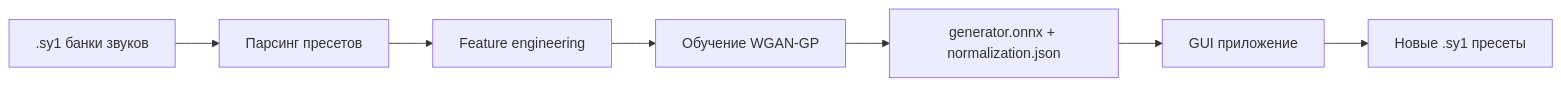
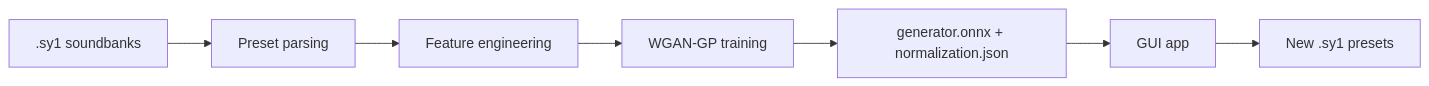
One commit to seechov/synth1-patch-generator changed the diagram in docs/overview.md. Above: the diagram before and after it, drawn with Mermaid. The commit also changed other lines of this file and 10 other files, not shown here.

````diff
--- a/docs/overview.md
+++ b/docs/overview.md
@@ -20,9 +20,9 @@
 ```mermaid
 flowchart LR
-    A[.sy1 банки звуков] --> B[Парсинг пресетов]
+    A[.sy1 soundbanks] --> B[Preset parsing]
     B --> C[Feature engineering]
-    C --> D[Обучение WGAN-GP]
+    C --> D[WGAN-GP training]
     D --> E[generator.onnx + normalization.json]
-    E --> F[GUI приложение]
-    F --> G[Новые .sy1 пресеты]
+    E --> F[GUI app]
+    F --> G[New .sy1 presets]
 ```
````
